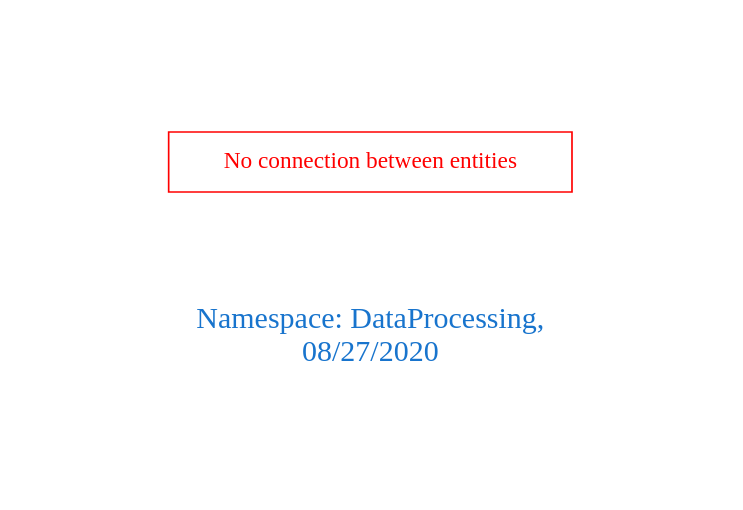
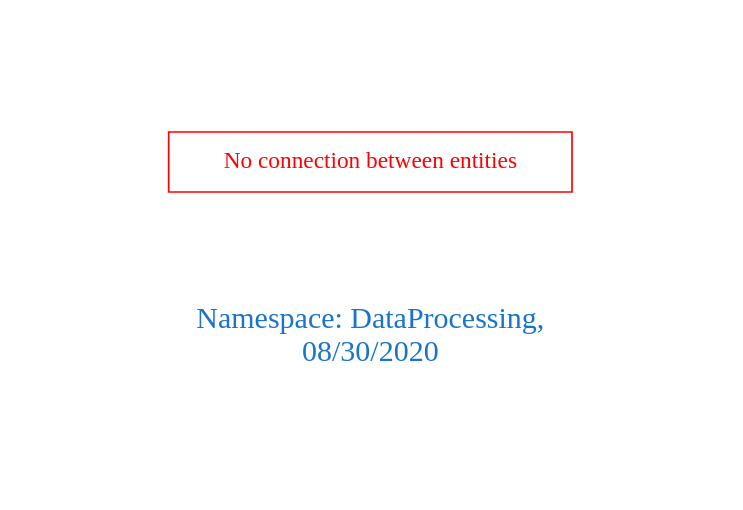
Before and after one commit to arago/OGIT: the diagram in downloads/DataProcessing.dot, drawn with Graphviz. The commit also changed 1811 other files, not shown here.

```diff
--- a/downloads/DataProcessing.dot
+++ b/downloads/DataProcessing.dot
@@ -1,9 +1,9 @@
 digraph OGIT_ontology {
  graph [ rankdir= LR,pad=1 
 fontsize = 18,
-fontcolor= dodgerblue3,label = "\n\n\nNamespace: DataProcessing, \n 08/27/2020"];
+fontcolor= dodgerblue3,label = "\n\n\nNamespace: DataProcessing, \n 08/30/2020"];
 node[shape=polygon];
 edge [  color="gray81"];
 
 "No connection between entities" [fontcolor = "red",color="red", shape="polygon"]
 }
```
